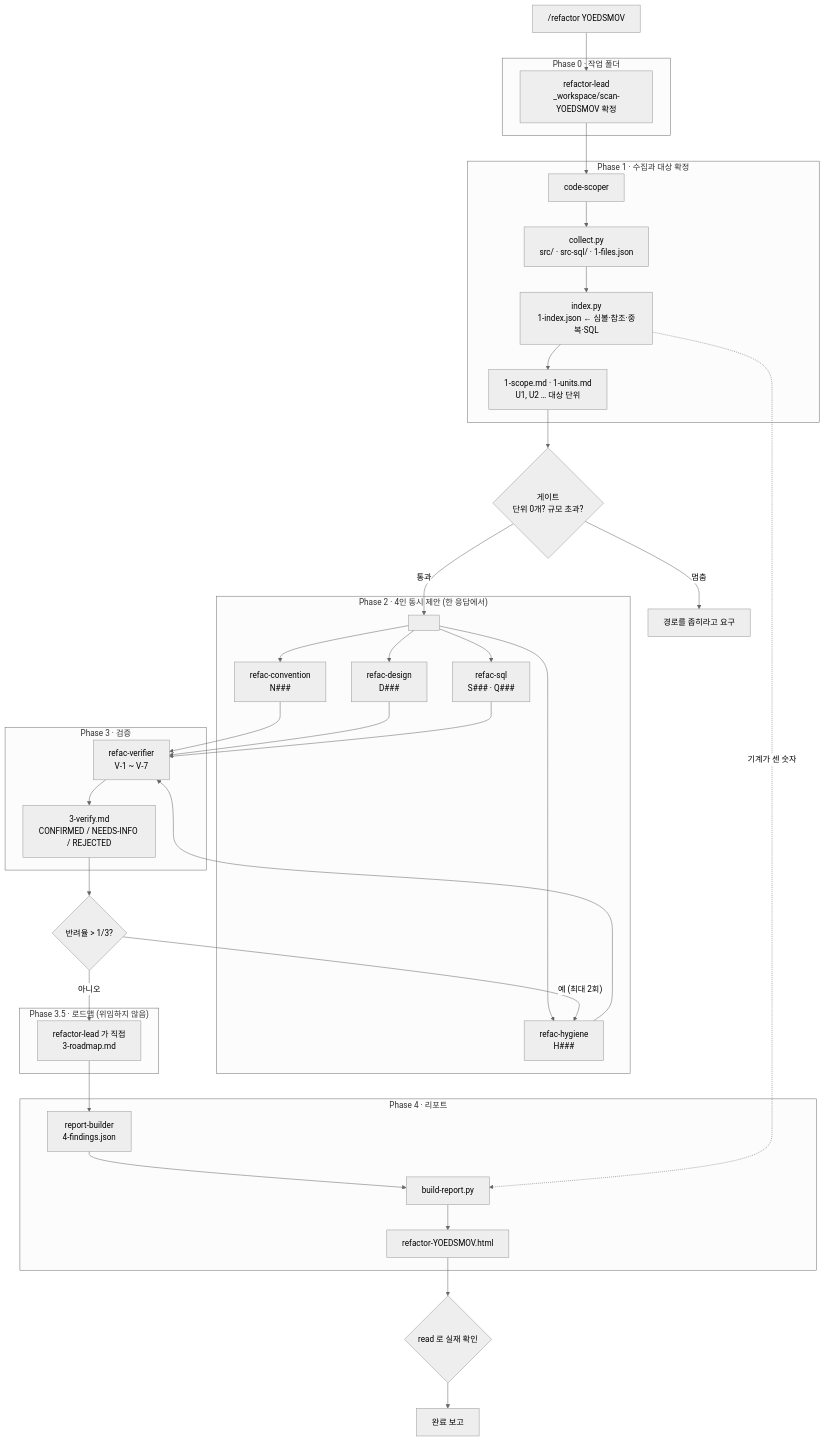
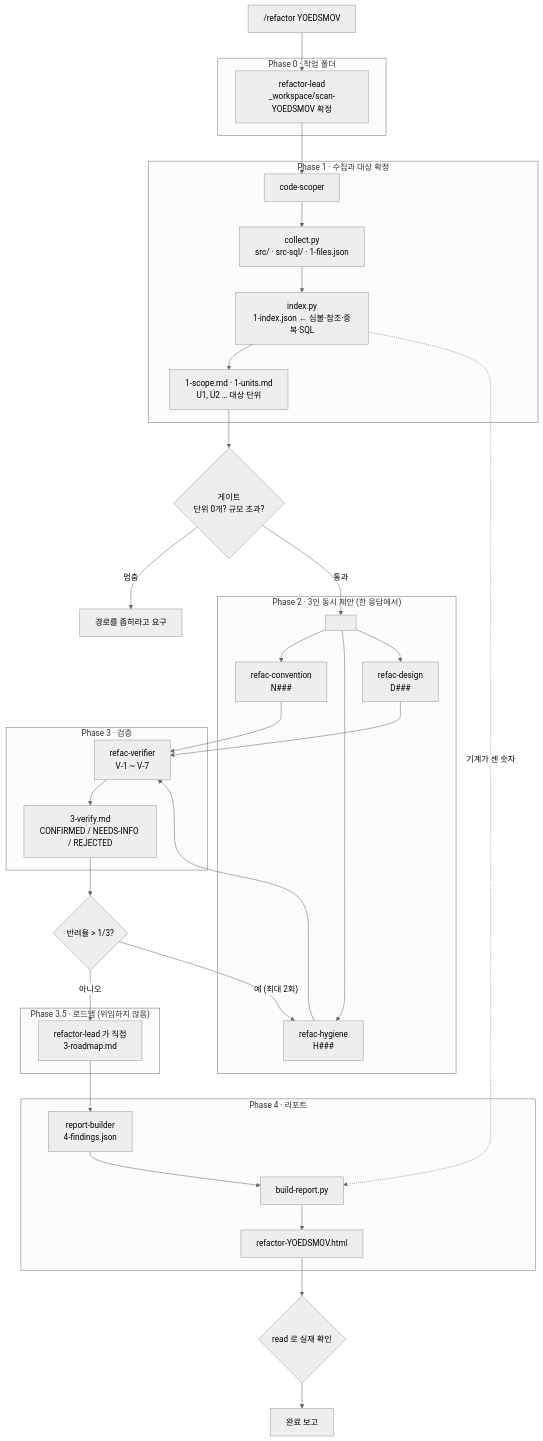
Before and after one commit to Wookshin/opencode-harness-samples: the diagram in 09-refactor-oi/docs/how-it-works.md, drawn with Mermaid (neutral theme). The commit also changed other lines of this file and 24 other files, not shown here.

````diff
--- a/09-refactor-oi/docs/how-it-works.md
+++ b/09-refactor-oi/docs/how-it-works.md
@@ -35,59 +35,57 @@
 ```mermaid
 flowchart TD
     U["/refactor YOEDSMOV"] --> L0
 
     subgraph P0["Phase 0 · 작업 폴더"]
       L0["refactor-lead<br/>_workspace/scan-YOEDSMOV 확정"]
     end
 
     L0 --> S
 
     subgraph P1["Phase 1 · 수집과 대상 확정"]
       S["code-scoper"]
       S --> C["collect.py<br/>src/ · src-sql/ · 1-files.json"]
       C --> I["index.py<br/>1-index.json ← 심볼·참조·중복·SQL"]
       I --> U1["1-scope.md · 1-units.md<br/>U1, U2 … 대상 단위"]
     end
 
     U1 --> G1{"게이트<br/>단위 0개? 규모 초과?"}
     G1 -- "멈춤" --> X1["경로를 좁히라고 요구"]
     G1 -- "통과" --> F
 
-    subgraph P2["Phase 2 · 4인 동시 제안 (한 응답에서)"]
+    subgraph P2["Phase 2 · 3인 동시 제안 (한 응답에서)"]
       F[" "]
       F --> A1["refac-convention<br/>N###"]
       F --> A2["refac-hygiene<br/>H###"]
       F --> A3["refac-design<br/>D###"]
-      F --> A4["refac-sql<br/>S### · Q###"]
     end
 
     A1 --> V
     A2 --> V
     A3 --> V
-    A4 --> V
 
     subgraph P3["Phase 3 · 검증"]
       V["refac-verifier<br/>V-1 ~ V-7"]
       V --> VR["3-verify.md<br/>CONFIRMED / NEEDS-INFO / REJECTED"]
     end
 
     VR --> G2{"반려율 > 1/3?"}
     G2 -- "예 (최대 2회)" --> A2
     G2 -- "아니오" --> RM
 
     subgraph P35["Phase 3.5 · 로드맵 (위임하지 않음)"]
       RM["refactor-lead 가 직접<br/>3-roadmap.md"]
     end
 
     RM --> B
 
     subgraph P4["Phase 4 · 리포트"]
       B["report-builder<br/>4-findings.json"]
       B --> BR["build-report.py"]
       I -. "기계가 센 숫자" .-> BR
       BR --> H["refactor-YOEDSMOV.html"]
     end
 
     H --> G3{"read 로 실재 확인"}
     G3 --> DONE["완료 보고"]
 ```
````
